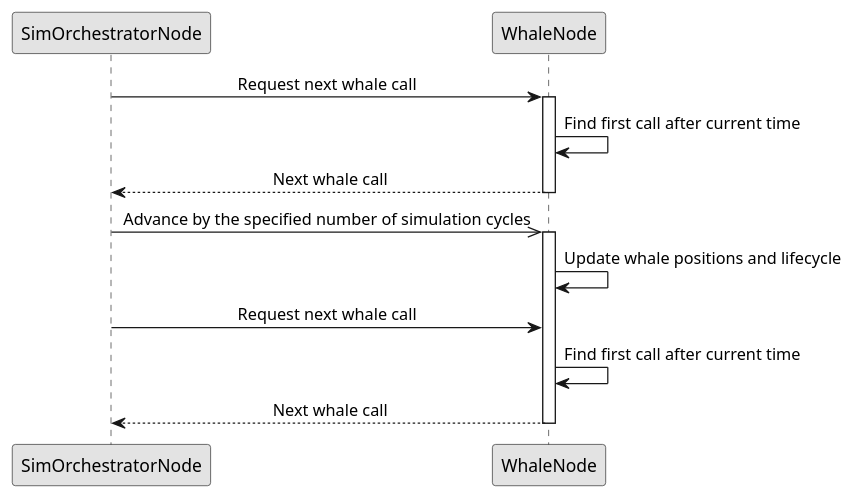
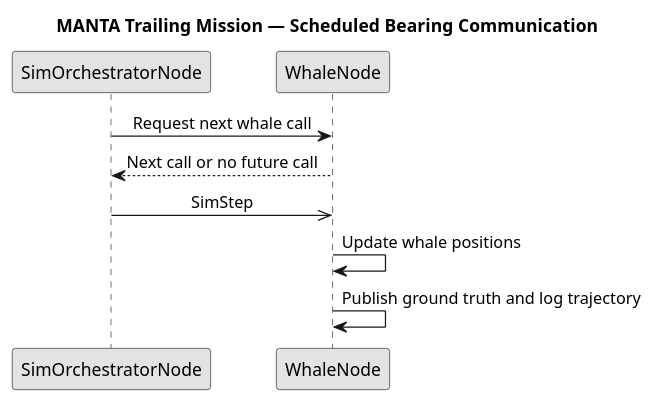
The diagram in components/manta_whale_sim/docs/whale_sequence.puml (Tebcherani/MANTA), drawn with PlantUML before and after one commit. The commit also changed 4 other files, not shown here.

```diff
--- a/components/manta_whale_sim/docs/whale_sequence.puml
+++ b/components/manta_whale_sim/docs/whale_sequence.puml
@@ -1,27 +1,19 @@
 @startuml
+title MANTA Trailing Mission — Scheduled Bearing Communication
 
 skinparam monochrome true
 skinparam shadowing false
 skinparam sequenceMessageAlign center
 skinparam responseMessageBelowArrow true
 
 participant "SimOrchestratorNode" as Orchestrator
 participant "WhaleNode" as Whale
 
-    Orchestrator -> Whale : Request next whale call
-    deactivate Orchestrator
+Orchestrator -> Whale : Request next whale call
+Whale --> Orchestrator : Next call or no future call
 
-    activate Whale
-    Whale -> Whale : Find first call after current time
-    Whale --> Orchestrator : Next whale call
-    deactivate Whale
-
-    Orchestrator ->> Whale : Advance by the specified number of simulation cycles
-    activate Whale
-    Whale -> Whale : Update whale positions and lifecycle
-    Orchestrator -> Whale : Request next whale call
-    Whale -> Whale : Find first call after current time
-    Whale --> Orchestrator : Next whale call
-    deactivate Whale
+Orchestrator ->> Whale : SimStep
+Whale -> Whale : Update whale positions
+Whale -> Whale : Publish ground truth and log trajectory
 
 @enduml
```
